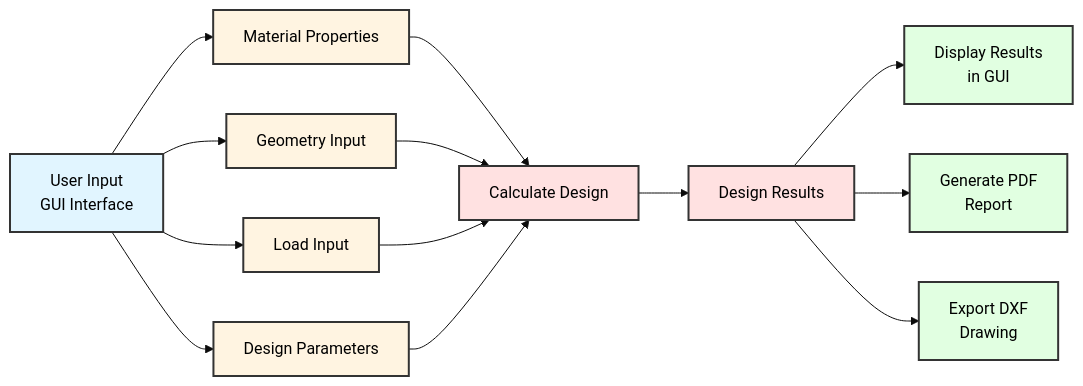
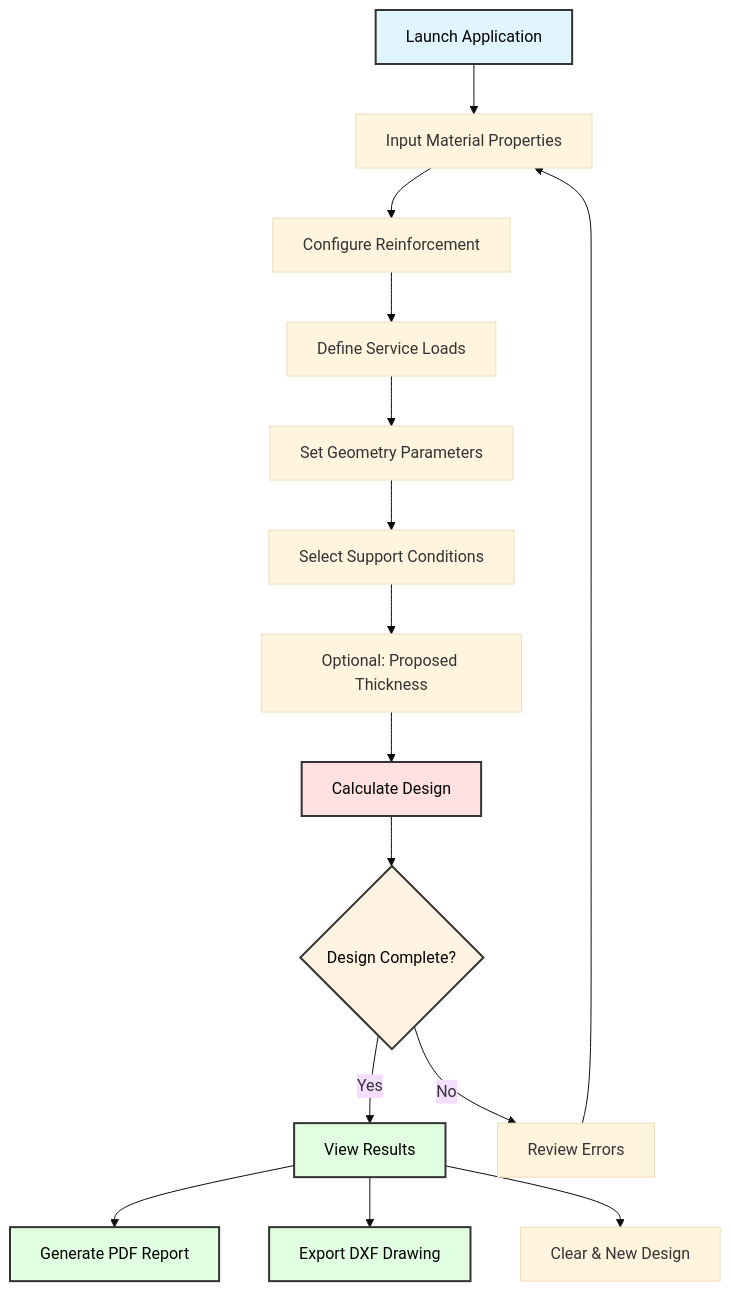
One commit to SC0L0W/RC_Stairway_Designer changed the diagram in README.md. Above: the diagram before and after it, drawn with Mermaid (base theme). The commit also changed other lines of this file, not shown here.

````diff
--- a/README.md
+++ b/README.md
@@ -99,29 +101,24 @@
 ```mermaid
-graph LR
-    A[User Input<br/>GUI Interface] --> B[Material Properties]
-    A --> C[Geometry Input]
-    A --> D[Load Input]
-    A --> E[Design Parameters]
-    
-    B --> F[Calculate Design]
-    C --> F
-    D --> F
-    E --> F
-    
-    F --> G[Design Results]
-    
-    G --> H[Display Results<br/>in GUI]
-    G --> I[Generate PDF<br/>Report]
-    G --> J[Export DXF<br/>Drawing]
+graph TB
+    A[Launch Application] --> B[Input Material Properties]
+    B --> C[Configure Reinforcement]
+    C --> D[Define Service Loads]
+    D --> E[Set Geometry Parameters]
+    E --> F[Select Support Conditions]
+    F --> G[Optional: Proposed Thickness]
+    G --> H[Calculate Design]
+    H --> I{Design Complete?}
+    I -->|Yes| J[View Results]
+    I -->|No| K[Review Errors]
+    K --> B
+    J --> L[Generate PDF Report]
+    J --> M[Export DXF Drawing]
+    J --> N[Clear & New Design]
     
     style A fill:#e1f5ff,stroke:#333,stroke-width:2px,color:#000
-    style B fill:#fff4e1,stroke:#333,stroke-width:2px,color:#000
-    style C fill:#fff4e1,stroke:#333,stroke-width:2px,color:#000
-    style D fill:#fff4e1,stroke:#333,stroke-width:2px,color:#000
-    style E fill:#fff4e1,stroke:#333,stroke-width:2px,color:#000
-    style F fill:#ffe1e1,stroke:#333,stroke-width:2px,color:#000
-    style G fill:#ffe1e1,stroke:#333,stroke-width:2px,color:#000
-    style H fill:#e1ffe1,stroke:#333,stroke-width:2px,color:#000
-    style I fill:#e1ffe1,stroke:#333,stroke-width:2px,color:#000
+    style H fill:#ffe1e1,stroke:#333,stroke-width:2px,color:#000
+    style I fill:#fff4e1,stroke:#333,stroke-width:2px,color:#000
     style J fill:#e1ffe1,stroke:#333,stroke-width:2px,color:#000
+    style L fill:#e1ffe1,stroke:#333,stroke-width:2px,color:#000
+    style M fill:#e1ffe1,stroke:#333,stroke-width:2px,color:#000
 ```
````
